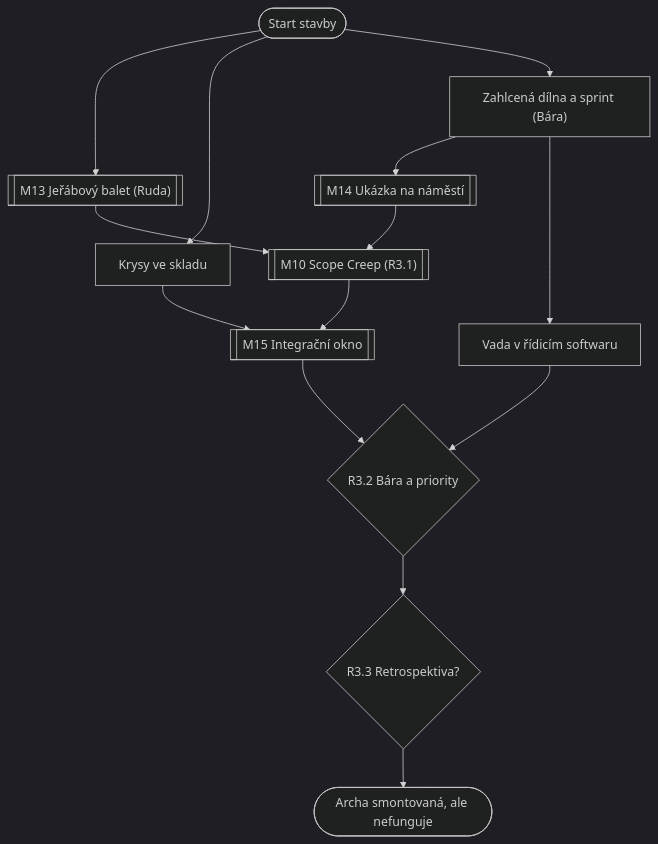
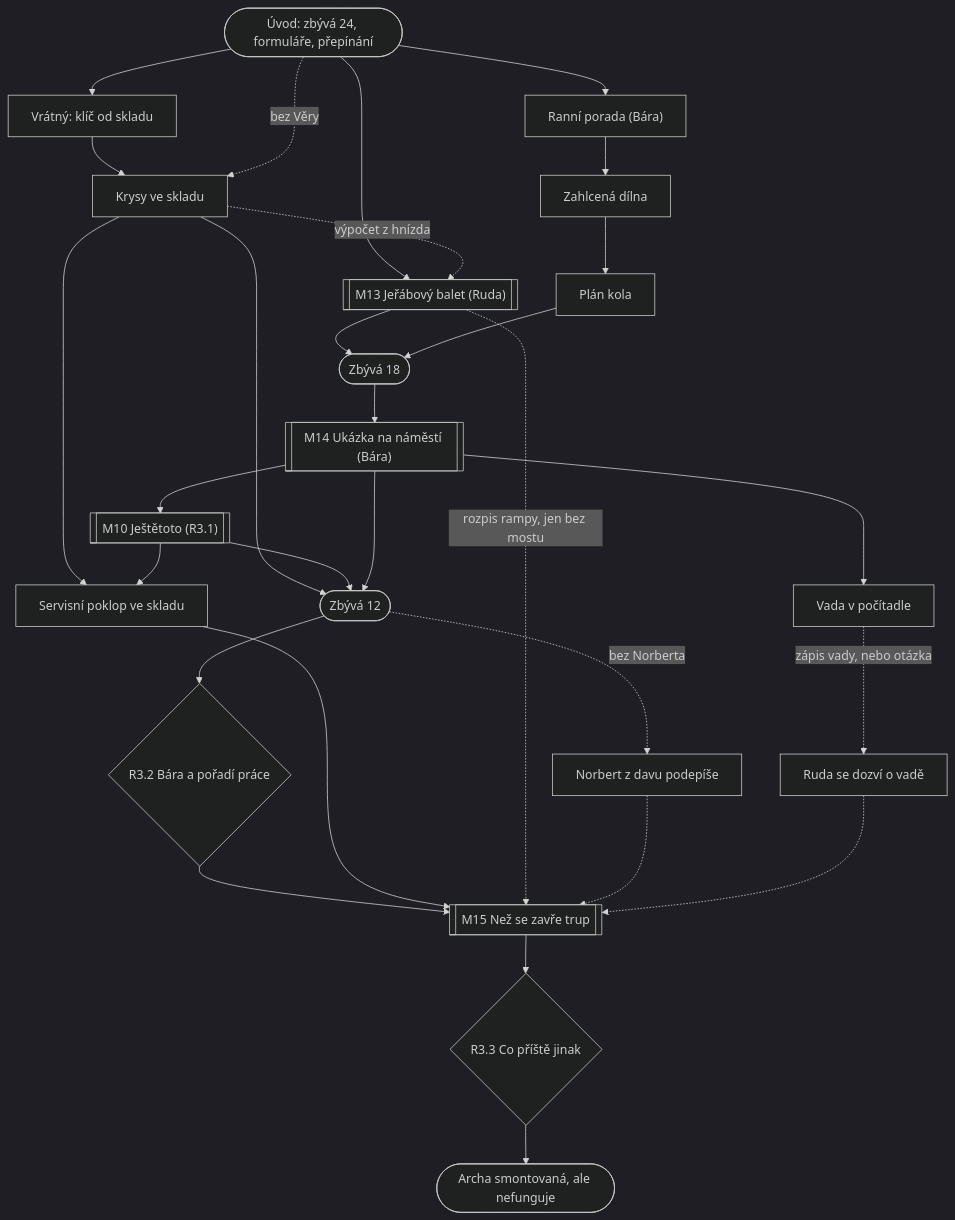
The diagram in docs/kapitoly/03-realizace.md (miroslavkrupa/games-termin-byl-vcera), drawn with Mermaid (dark theme) before and after one commit. The commit also changed other lines of this file and 10 other files, not shown here.

````diff
--- a/docs/kapitoly/03-realizace.md
+++ b/docs/kapitoly/03-realizace.md
@@ -74,13 +211,27 @@
 ```mermaid
 flowchart TD
-  start(["Start stavby"]) --> m13[["M13 Jeřábový balet (Ruda)"]]
-  start --> sklad["Krysy ve skladu"]
-  start --> dilna["Zahlcená dílna a sprint (Bára)"]
-  dilna --> m14[["M14 Ukázka na náměstí"]]
-  dilna --> vada["Vada v řídicím softwaru"]
-  m13 & m14 --> m10[["M10 Scope Creep (R3.1)"]]
-  sklad & m10 --> m15[["M15 Integrační okno"]]
-  vada & m15 --> r32{"R3.2 Bára a priority"}
-  r32 --> r33{"R3.3 Retrospektiva?"}
+  start(["Úvod: zbývá 24, formuláře, přepínání"]) --> vratny["Vrátný: klíč od skladu"]
+  start --> m13[["M13 Jeřábový balet (Ruda)"]]
+  start --> porada["Ranní porada (Bára)"]
+  vratny --> sklad["Krysy ve skladu"]
+  start -.->|bez Věry| sklad
+  sklad -.->|výpočet z hnízda| m13
+  porada --> dilna["Zahlcená dílna"]
+  dilna --> plan["Plán kola"]
+  m13 & plan --> fazeB(["Zbývá 18"])
+  fazeB --> m14[["M14 Ukázka na náměstí (Bára)"]]
+  m14 --> vada["Vada v počítadle"]
+  m14 --> m10[["M10 Ještětoto (R3.1)"]]
+  sklad --> poklop["Servisní poklop ve skladu"]
+  m10 --> poklop
+  vada -.->|zápis vady, nebo otázka| hlaseni["Ruda se dozví o vadě"]
+  sklad & m10 & m14 --> fazeC(["Zbývá 12"])
+  fazeC --> r32{"R3.2 Bára a pořadí práce"}
+  fazeC -.->|bez Norberta| podpis["Norbert z davu podepíše"]
+  r32 & poklop --> m15[["M15 Než se zavře trup"]]
+  m13 -.->|rozpis rampy, jen bez mostu| m15
+  podpis -.-> m15
+  hlaseni -.-> m15
+  m15 --> r33{"R3.3 Co příště jinak"}
   r33 --> konec(["Archa smontovaná, ale nefunguje"])
 ```
````
